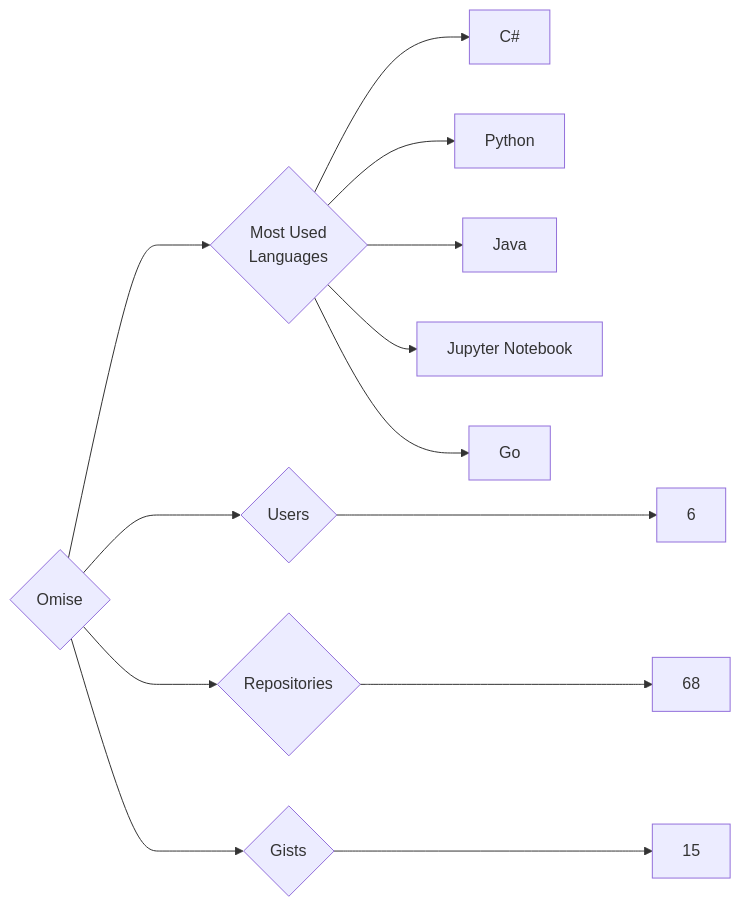
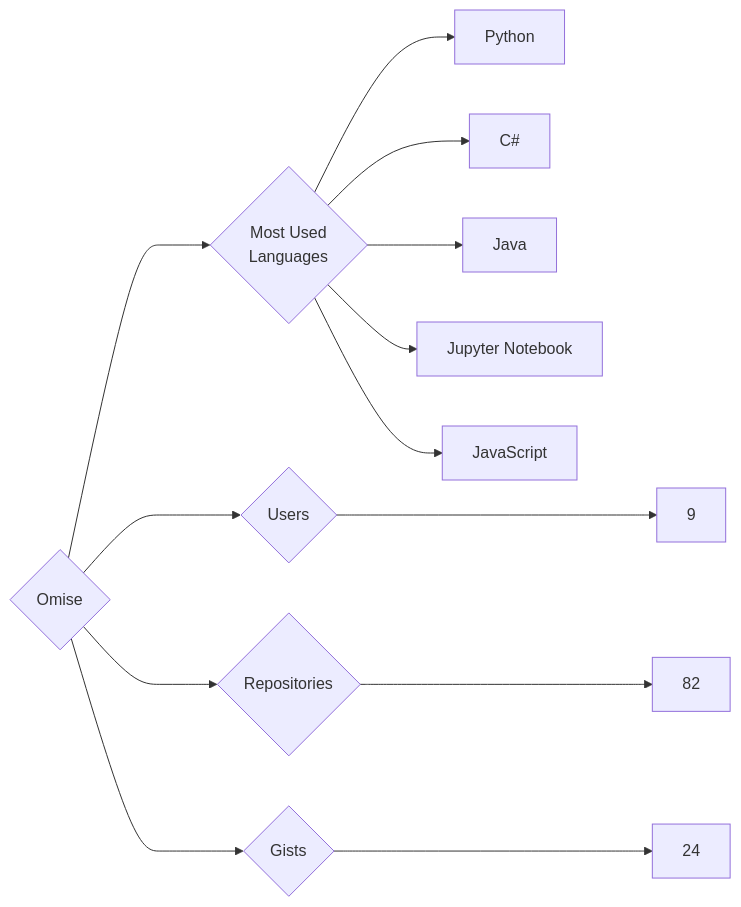
Before and after one commit to trickest/insiders: the diagram in targets/Omise/README.md, drawn with Mermaid. The commit also changed 928 other files, not shown here.

````diff
--- a/targets/Omise/README.md
+++ b/targets/Omise/README.md
@@ -3,13 +3,13 @@
 ```mermaid
 graph LR
 COMPANY_NAME{Omise}
-COMPANY_NAME ---> U{Users} ---> UN[6]
-COMPANY_NAME ---> R{Repositories} ---> RN[68]
-COMPANY_NAME ---> G{Gists} ---> GN[15]
+COMPANY_NAME ---> U{Users} ---> UN[9]
+COMPANY_NAME ---> R{Repositories} ---> RN[82]
+COMPANY_NAME ---> G{Gists} ---> GN[24]
 COMPANY_NAME ---> ML{Most Used<br>Languages}
+ML --> Python[Python]
 ML --> C#[C#]
-ML --> Python[Python]
 ML --> Java[Java]
 ML --> Jupyter_Notebook[Jupyter Notebook]
-ML --> Go[Go]
+ML --> JavaScript[JavaScript]
 ```
````
